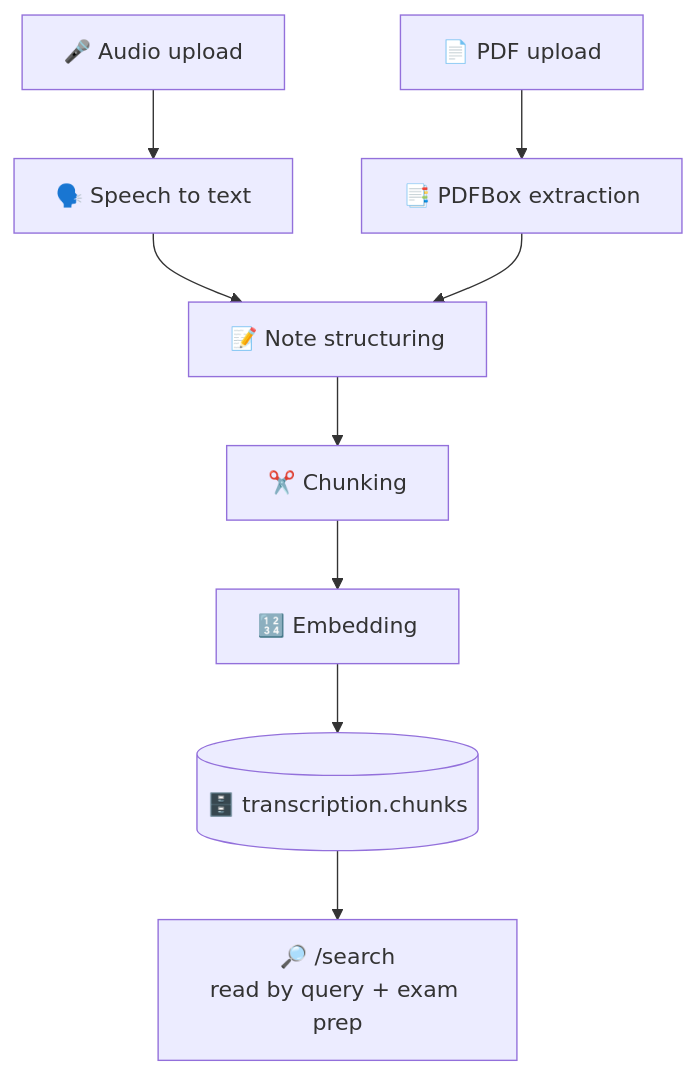
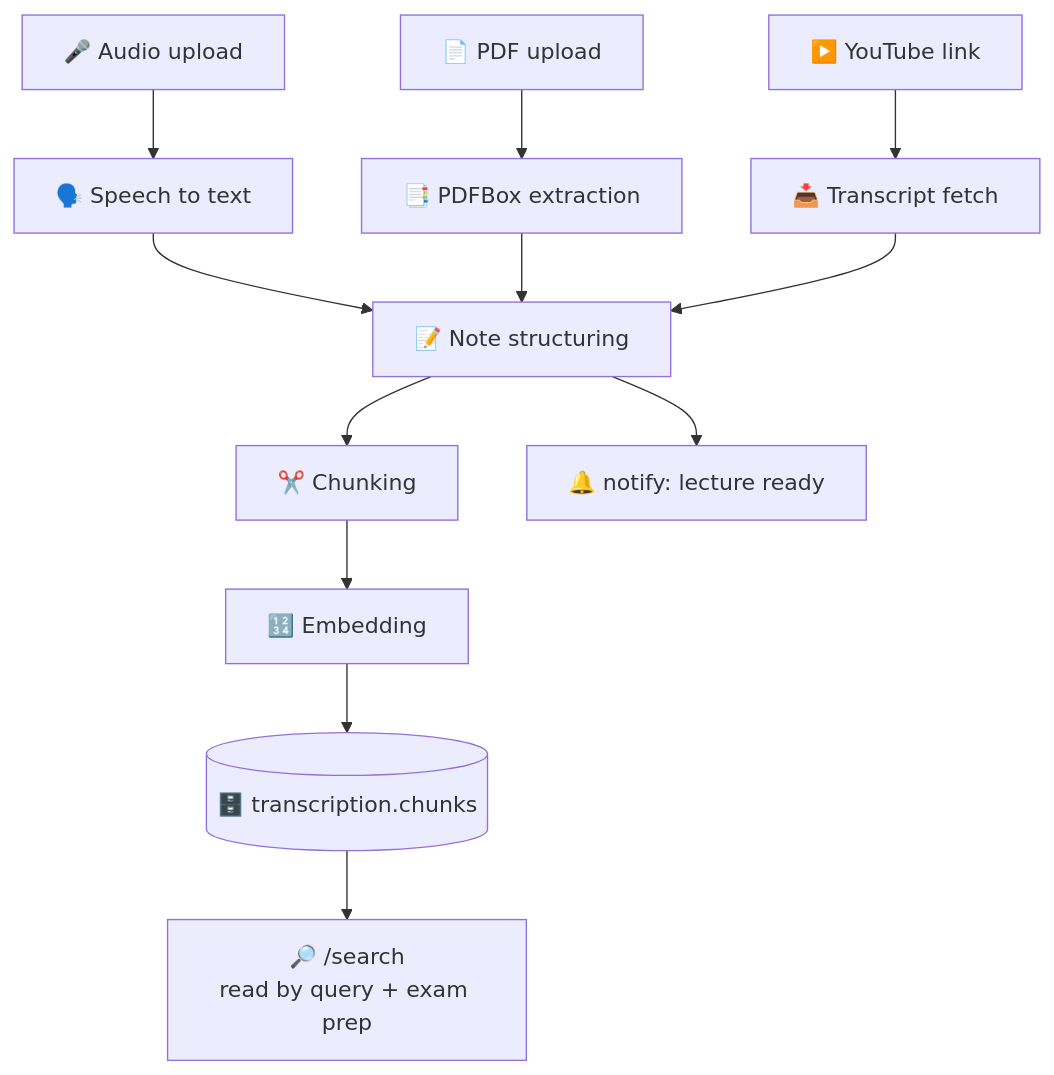
One commit to Cleveft-Project/cleveft-transcription-service changed the diagram in README.md. Above: the diagram before and after it, drawn with Mermaid. The commit also changed other lines of this file, not shown here.

````diff
--- a/README.md
+++ b/README.md
@@ -29,11 +29,14 @@
 ```mermaid
 flowchart TD
     A["🎤 Audio upload"] --> STT["🗣️ Speech to text"]
     P["📄 PDF upload"] --> EX["📑 PDFBox extraction"]
+    Y["▶️ YouTube link"] --> YT["📥 Transcript fetch"]
     STT --> N["📝 Note structuring"]
     EX --> N
+    YT --> N
     N --> CH["✂️ Chunking"]
     CH --> EM["🔢 Embedding"]
     EM --> V[("🗄️ transcription.chunks")]
     V --> SR["🔎 /search<br/>read by query + exam prep"]
+    N --> NT["🔔 notify: lecture ready"]
 ```
````
